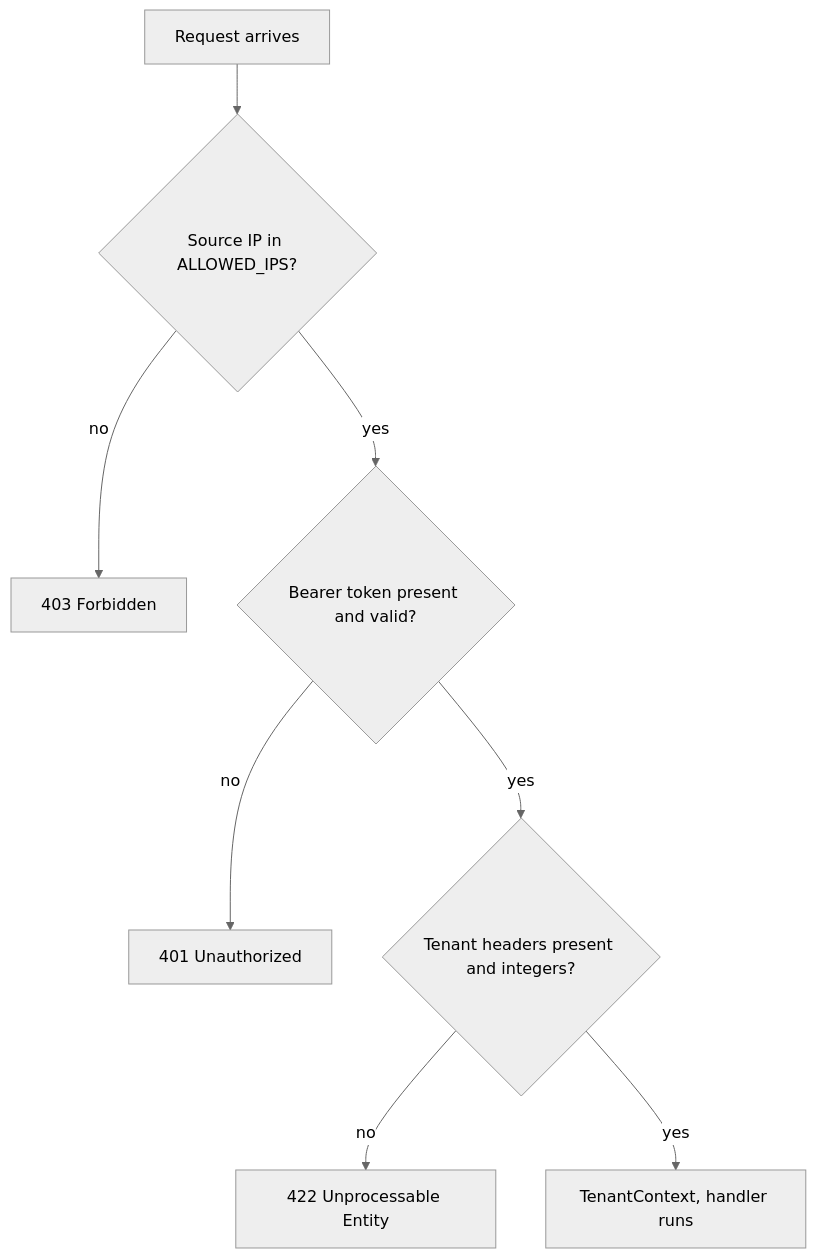
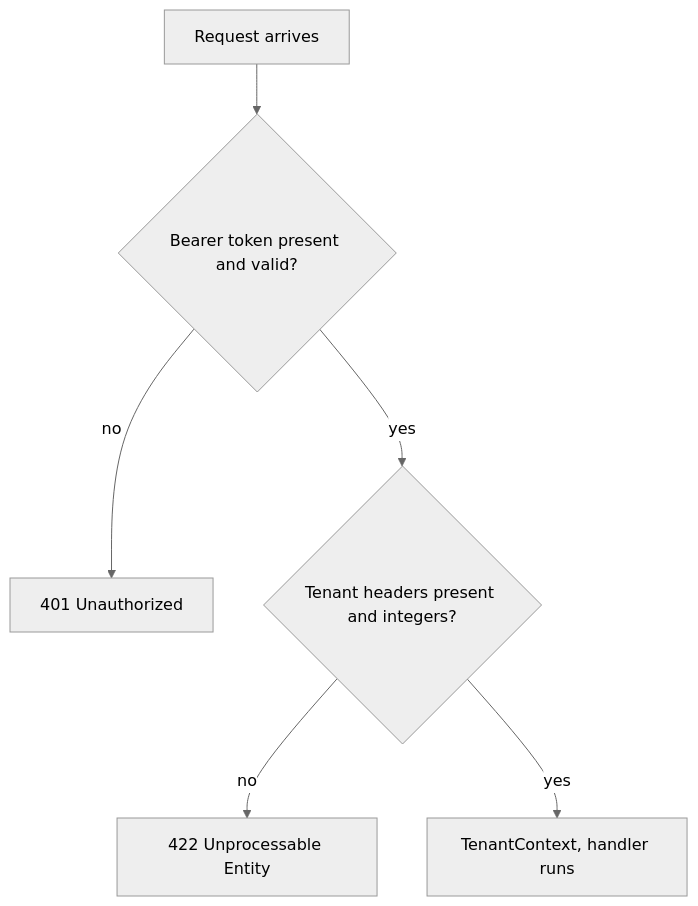
The second of 2 diagrams in docs/auth-authz-spec.md (ProjectTech4DevAI/kaapi-guardrails), drawn with Mermaid (neutral theme) before and after one commit. The commit also changed other lines of this file and 12 other files, not shown here.

````diff
--- a/docs/auth-authz-spec.md
+++ b/docs/auth-authz-spec.md
@@ -93,10 +91,8 @@
 ```mermaid
 flowchart TD
-    A[Request arrives] --> B{Source IP in ALLOWED_IPS?}
-    B -- no --> B1[403 Forbidden]
-    B -- yes --> C{Bearer token present and valid?}
+    A[Request arrives] --> C{Bearer token present and valid?}
     C -- no --> C1[401 Unauthorized]
     C -- yes --> D{Tenant headers present and integers?}
     D -- no --> D1[422 Unprocessable Entity]
     D -- yes --> E[TenantContext, handler runs]
 ```
````
